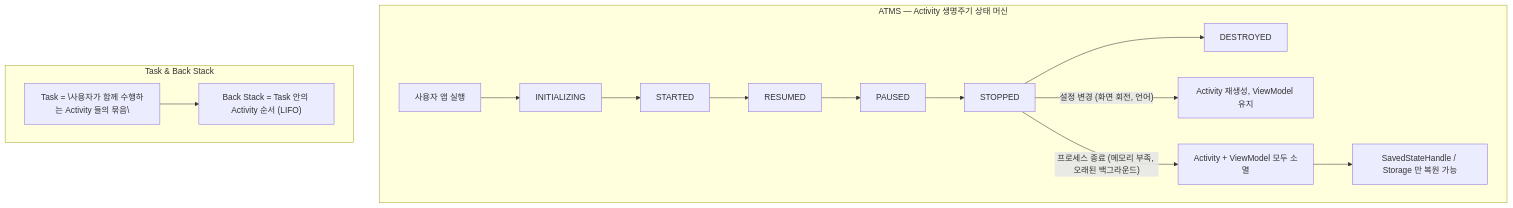
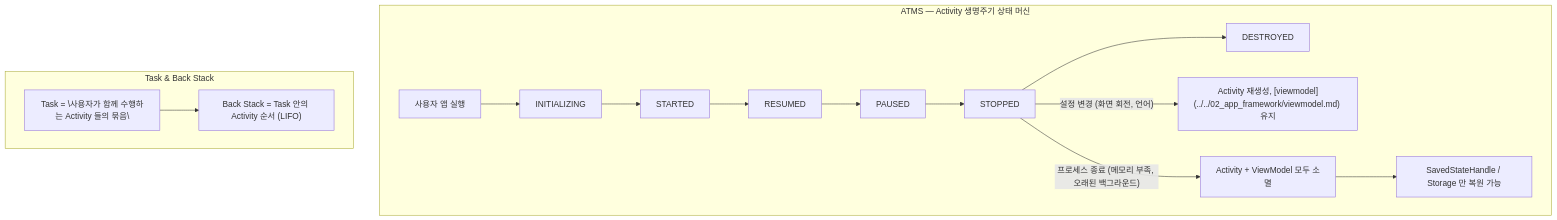
Before and after one commit to youngmin-gwon/what-i-studied: the diagram in 01_inbox/mobile/android/00_foundations/topics/B1-component-lifecycle-and-task.md, drawn with Mermaid. The commit also changed other lines of this file and 185 other files, not shown here.

````diff
--- a/01_inbox/mobile/android/00_foundations/topics/B1-component-lifecycle-and-task.md
+++ b/01_inbox/mobile/android/00_foundations/topics/B1-component-lifecycle-and-task.md
@@ -29,19 +29,19 @@
 ```mermaid
 flowchart TD
     subgraph LIFECYCLE["ATMS — Activity 생명주기 상태 머신"]
         start["사용자 앱 실행"] --> initializing["INITIALIZING"]
         initializing --> started["STARTED"]
         started --> resumed["RESUMED"]
         resumed --> paused["PAUSED"]
         paused --> stopped["STOPPED"]
         stopped --> destroyed["DESTROYED"]
 
-        stopped -- "설정 변경 (화면 회전, 언어)" --> configChange["Activity 재생성, ViewModel 유지"]
+        stopped -- "설정 변경 (화면 회전, 언어)" --> configChange["Activity 재생성, [viewmodel](../../02_app_framework/viewmodel.md) 유지"]
         stopped -- "프로세스 종료 (메모리 부족, 오래된 백그라운드)" --> processDeath["Activity + ViewModel 모두 소멸"]
         processDeath --> restore["SavedStateHandle / Storage 만 복원 가능"]
     end
 
     subgraph TASKSTACK["Task & Back Stack"]
         task["Task = \"사용자가 함께 수행하는 Activity 들의 묶음\""] --> backstack["Back Stack = Task 안의 Activity 순서 (LIFO)"]
     end
 ```
````
